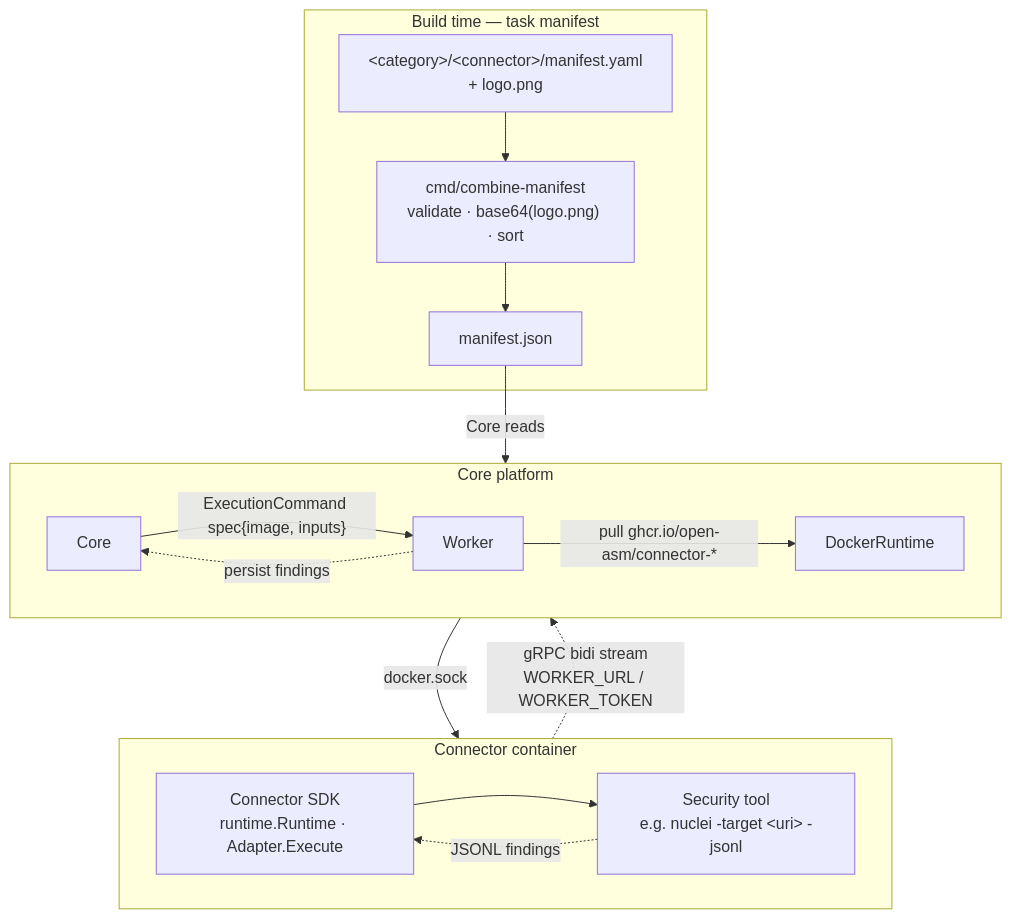
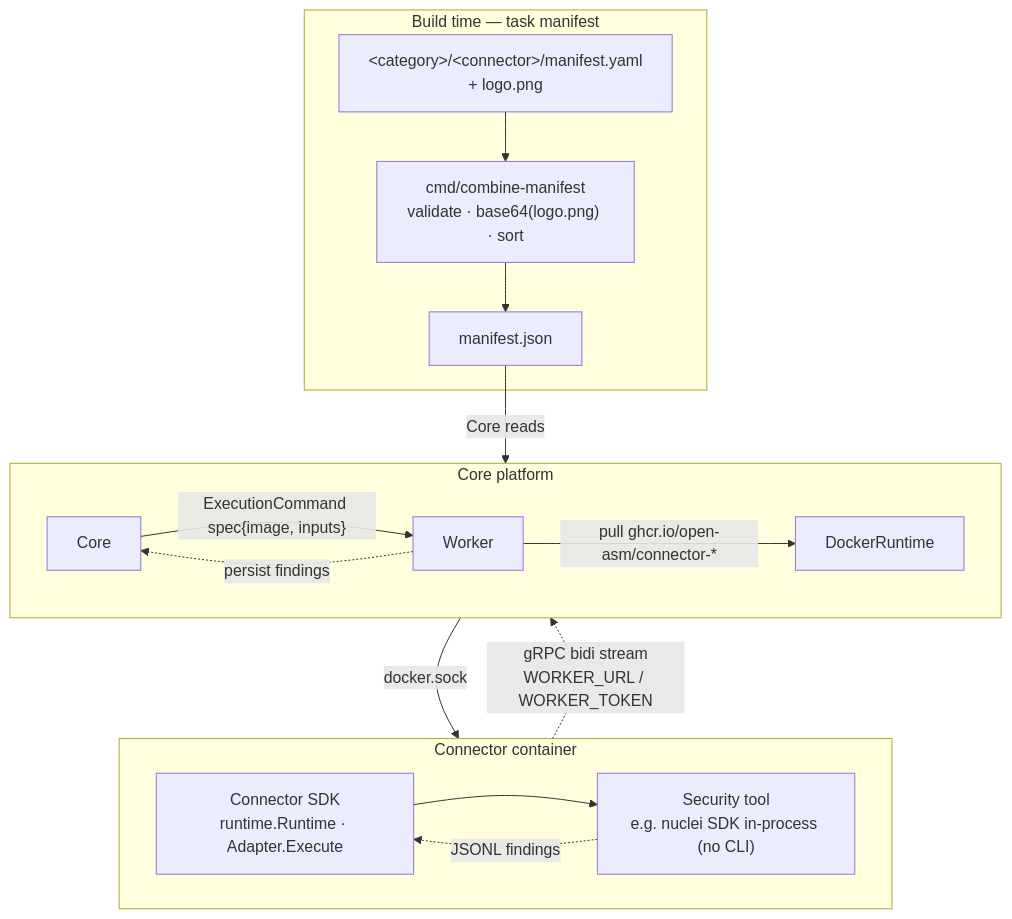
Before and after one commit to oasm-platform/oasm-connectors: the diagram in README.md, drawn with Mermaid. The commit also changed other lines of this file and 1 other file, not shown here.

Commit message:
connector(nuclei): document library embedding, drop NUCLEI_BIN

````diff
--- a/README.md
+++ b/README.md
@@ -7,27 +7,27 @@
 ```mermaid
 flowchart TB
     subgraph BT["Build time — task manifest"]
         MY["&lt;category&gt;/&lt;connector&gt;/manifest.yaml<br>+ logo.png"] --> CM["cmd/combine-manifest<br>validate · base64(logo.png) · sort"]
         CM --> MJ["manifest.json"]
     end
 
     subgraph CC["Connector container"]
         direction LR
-        SDK["Connector SDK<br>runtime.Runtime · Adapter.Execute"] --> TOOL["Security tool<br>e.g. nuclei -target &lt;uri&gt; -jsonl"]
+        SDK["Connector SDK<br>runtime.Runtime · Adapter.Execute"] --> TOOL["Security tool<br>e.g. nuclei SDK in-process (no CLI)"]
     end
 
     subgraph PLT["Core platform"]
         direction LR
         CORE["Core"]
         WK["Worker"]
         DR["DockerRuntime"]
     end
 
     MJ -- "Core reads" --> CORE
     CORE -- "ExecutionCommand spec{image, inputs}" --> WK
     WK -- "pull ghcr.io/open-asm/connector-*" --> DR
     DR -- "docker.sock" --> SDK
     TOOL -. "JSONL findings" .-> SDK
     SDK -. "gRPC bidi stream<br>WORKER_URL / WORKER_TOKEN" .-> WK
     WK -. "persist findings" .-> CORE
 ```
````
